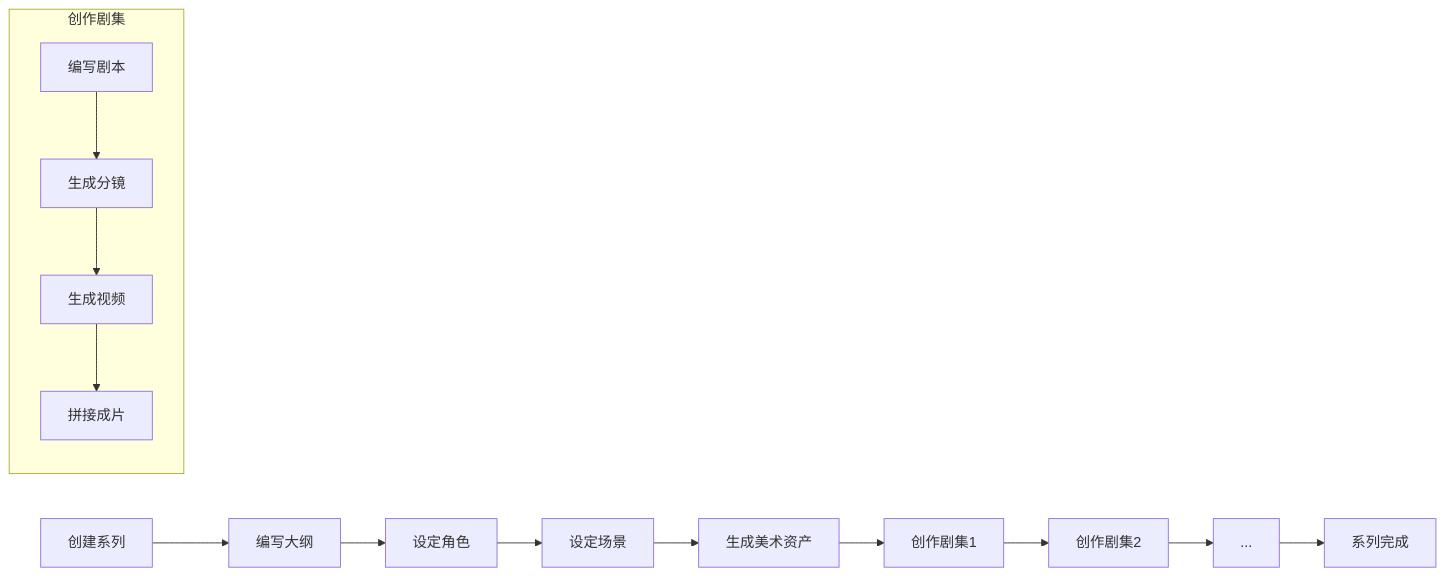
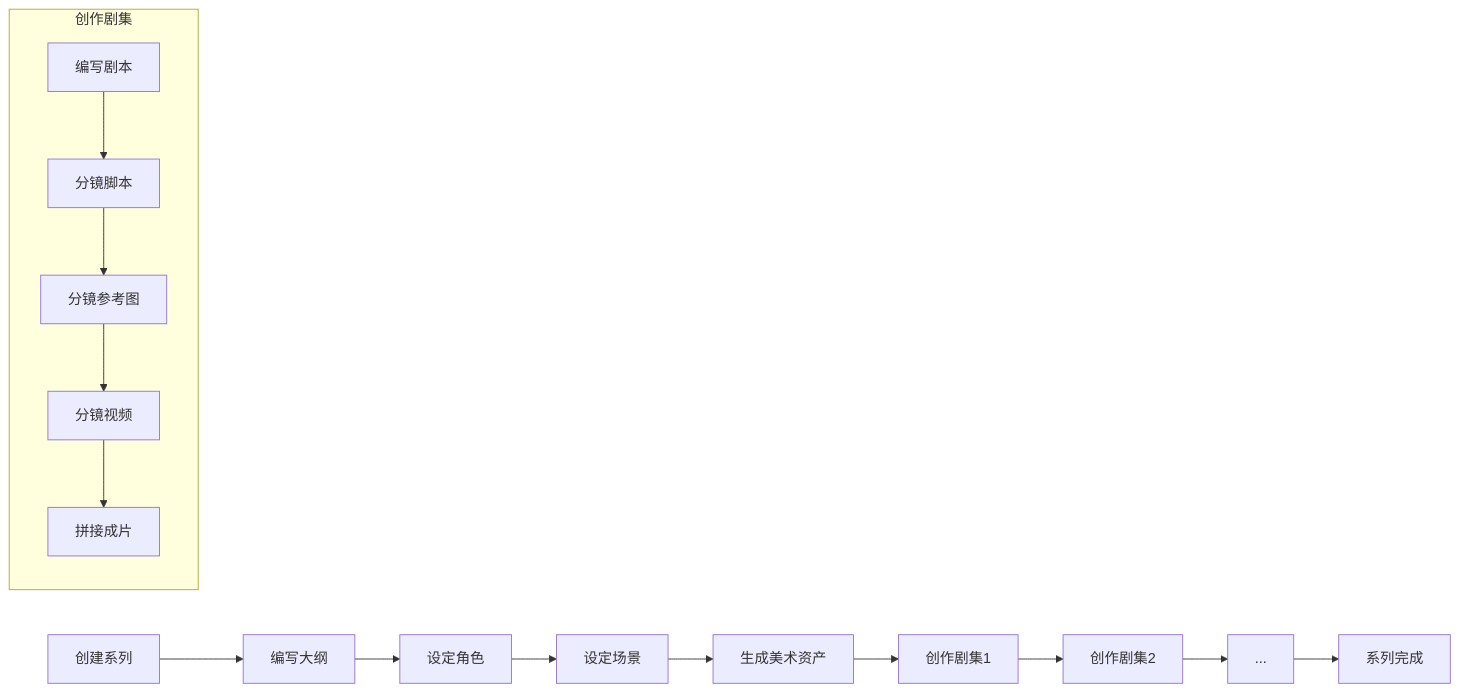
The diagram in task_plan.md (syghhhhh/AutoDrama), drawn with Mermaid before and after one commit. The commit also changed other lines of this file and 3 other files, not shown here.

````diff
--- a/task_plan.md
+++ b/task_plan.md
@@ -176,17 +198,18 @@
 ```mermaid
 graph LR
     A[创建系列] --> B[编写大纲]
     B --> C[设定角色]
     C --> D[设定场景]
     D --> E[生成美术资产]
     E --> F[创作剧集1]
     F --> G[创作剧集2]
     G --> H[...]
     H --> I[系列完成]
 
     subgraph 创作剧集
-        F1[编写剧本] --> F2[生成分镜]
-        F2 --> F3[生成视频]
-        F3 --> F4[拼接成片]
+        F1[编写剧本] --> F2[分镜脚本]
+        F2 --> F3[分镜参考图]
+        F3 --> F4[分镜视频]
+        F4 --> F5[拼接成片]
     end
 ```
````
